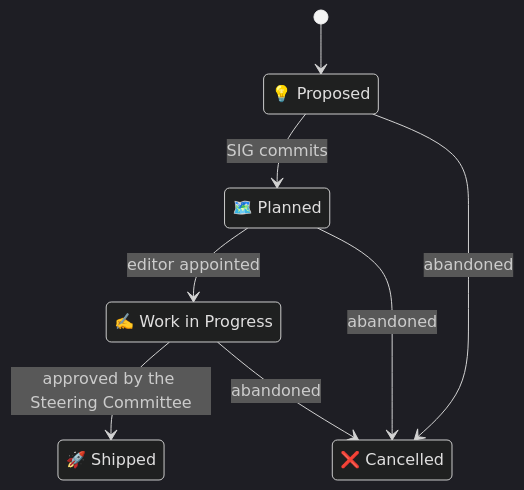
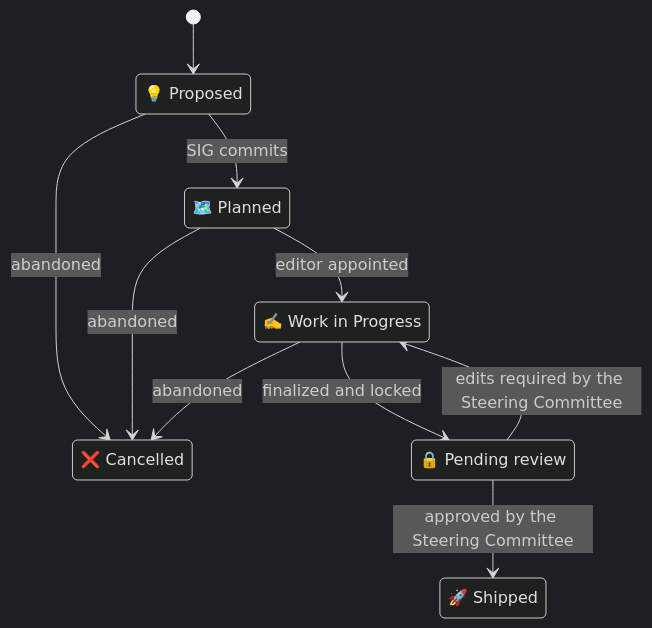
One commit to orcwg/orcwg changed the first of 2 diagrams in working-mode.md. Above: the diagram before and after it, drawn with Mermaid (dark theme). The commit also changed other lines of this file and 3 other files, not shown here.

Commit message:
Add Pending review status to deliverables lifecycle

````diff
--- a/working-mode.md
+++ b/working-mode.md
@@ -49,16 +50,19 @@
 ```mermaid
 stateDiagram-v2
     [*] --> proposed
     proposed --> planned: SIG commits
     proposed --> cancelled: abandoned
     planned --> work_in_progress: editor appointed
     planned --> cancelled: abandoned
-    work_in_progress --> shipped: approved by the Steering Committee
+    work_in_progress --> pending_review: finalized and locked
+    pending_review --> shipped: approved by the Steering Committee
+    pending_review --> work_in_progress: edits required by the Steering Committee
     work_in_progress --> cancelled: abandoned
 
     proposed: 💡 Proposed
     planned: 🗺️ Planned
     work_in_progress: ✍️ Work in Progress
+    pending_review: 🔒 Pending review
     shipped: 🚀 Shipped
     cancelled: ❌ Cancelled
 ```
````
